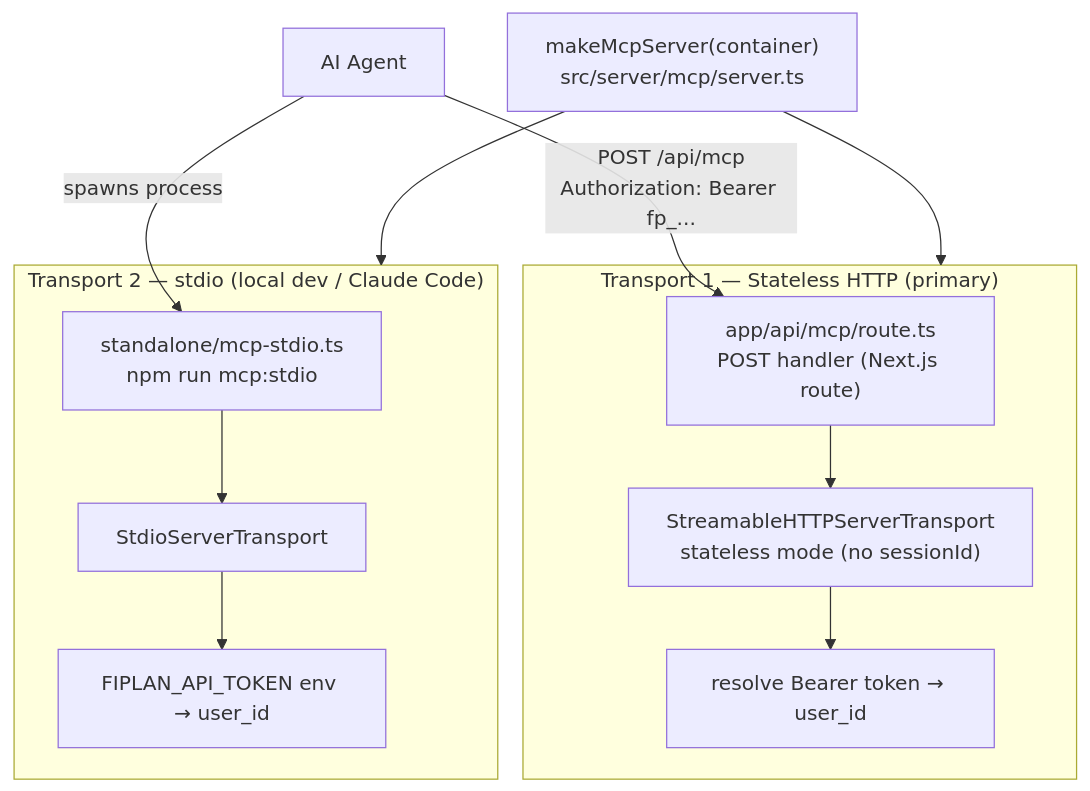
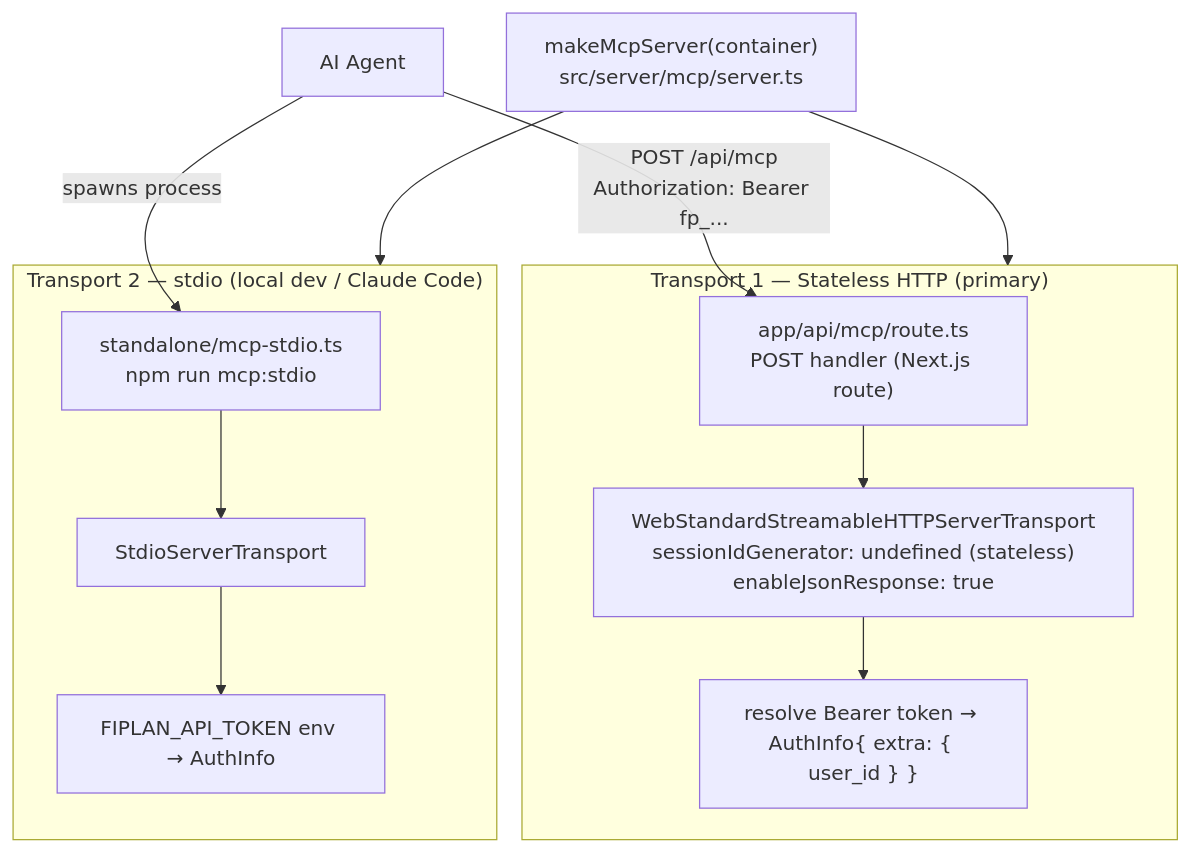
Before and after one commit to ompurwar/fi-simulator: the fifth of 9 diagrams in docs/mcp-implementation-plan.md, drawn with Mermaid. The commit also changed other lines of this file, not shown here.

Commit message:
docs: verify MCP plan against installed SDK 1.30 typings + official 2025-03-26 transport spec

````diff
--- a/docs/mcp-implementation-plan.md
+++ b/docs/mcp-implementation-plan.md
@@ -192,21 +210,21 @@
 ```mermaid
 flowchart TB
   FACTORY["makeMcpServer(container)<br/>src/server/mcp/server.ts"]
   FACTORY --> T1
   FACTORY --> T2
 
   subgraph T1["Transport 1 — Stateless HTTP (primary)"]
     R["app/api/mcp/route.ts<br/>POST handler (Next.js route)"]
-    R --> S1["StreamableHTTPServerTransport<br/>stateless mode (no sessionId)"]
-    S1 --> AUTH1["resolve Bearer token → user_id"]
+    R --> S1["WebStandardStreamableHTTPServerTransport<br/>sessionIdGenerator: undefined (stateless)<br/>enableJsonResponse: true"]
+    S1 --> AUTH1["resolve Bearer token → AuthInfo{ extra: { user_id } }"]
   end
 
   subgraph T2["Transport 2 — stdio (local dev / Claude Code)"]
     E["standalone/mcp-stdio.ts<br/>npm run mcp:stdio"]
     E --> S2["StdioServerTransport"]
-    S2 --> AUTH2["FIPLAN_API_TOKEN env → user_id"]
+    S2 --> AUTH2["FIPLAN_API_TOKEN env → AuthInfo"]
   end
 
   AGENT["AI Agent"] -->|"POST /api/mcp<br/>Authorization: Bearer fp_..."| R
   AGENT -->|spawns process| E
 ```
````
